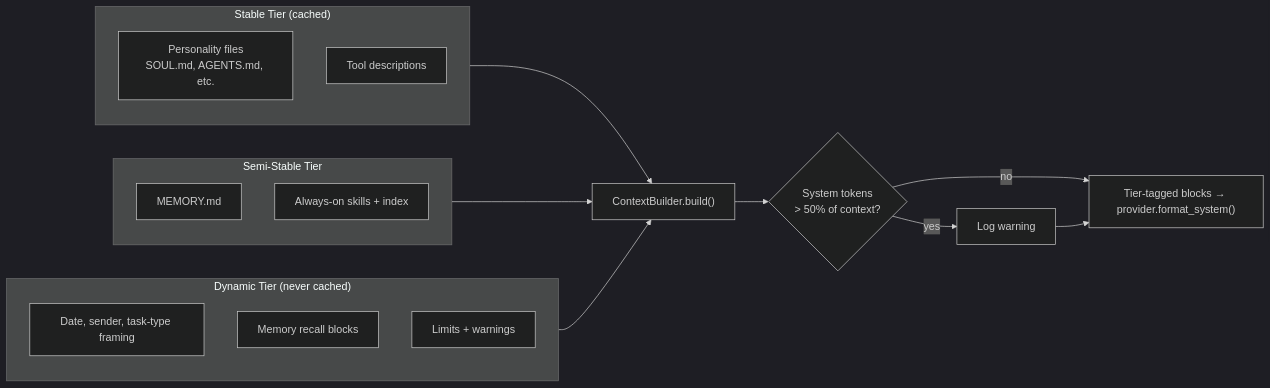
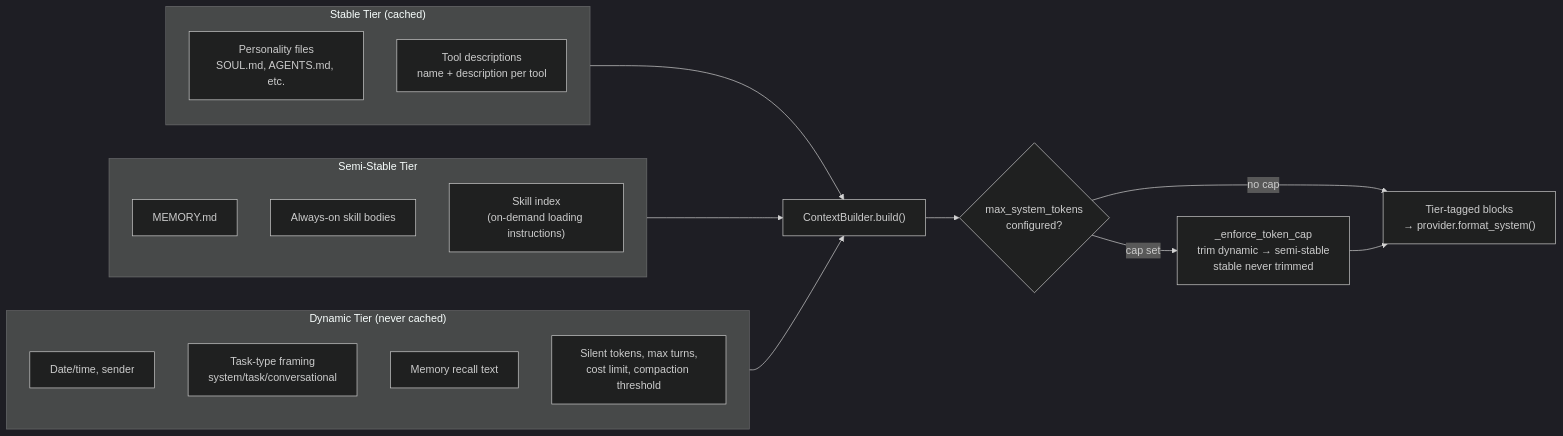
One commit to nicolasforstinger/lucyd changed the third of 10 diagrams in docs/diagrams.md. Above: the diagram before and after it, drawn with Mermaid (dark theme). The commit also changed other lines of this file and 1 other file, not shown here.

First line of the commit message:
Rewrite diagrams.md and operations.md from code

````diff
--- a/docs/diagrams.md
+++ b/docs/diagrams.md
@@ -109,30 +113,32 @@
 ```mermaid
 flowchart LR
     subgraph Stable["Stable Tier (cached)"]
         PERSONA["Personality files<br/>SOUL.md, AGENTS.md, etc."]
-        TOOL_DESC["Tool descriptions"]
+        TOOL_DESC["Tool descriptions<br/>name + description per tool"]
     end
 
     subgraph Semi["Semi-Stable Tier"]
         MEMORY_MD["MEMORY.md"]
-        SKILLS["Always-on skills + index"]
+        SKILLS_ON["Always-on skill bodies"]
+        SKILLS_IDX["Skill index<br/>(on-demand loading instructions)"]
     end
 
     subgraph Dynamic["Dynamic Tier (never cached)"]
-        RUNTIME["Date, sender, task-type framing"]
-        RECALL["Memory recall blocks"]
-        LIMITS["Limits + warnings"]
+        RUNTIME["Date/time, sender"]
+        FRAMING["Task-type framing<br/>system/task/conversational"]
+        RECALL["Memory recall text"]
+        LIMITS["Silent tokens, max turns,<br/>cost limit, compaction threshold"]
     end
 
     BUILD["ContextBuilder.build()"]
-    CHECK{"System tokens<br/>> 50% of context?"}
-    WARN["Log warning"]
-    BLOCKS["Tier-tagged blocks → provider.format_system()"]
+    CAP{"max_system_tokens<br/>configured?"}
+    ENFORCE["_enforce_token_cap<br/>trim dynamic → semi-stable<br/>stable never trimmed"]
+    BLOCKS["Tier-tagged blocks<br/>→ provider.format_system()"]
 
     Stable --> BUILD
     Semi --> BUILD
     Dynamic --> BUILD
-    BUILD --> CHECK
-    CHECK -->|no| BLOCKS
-    CHECK -->|yes| WARN --> BLOCKS
+    BUILD --> CAP
+    CAP -->|no cap| BLOCKS
+    CAP -->|cap set| ENFORCE --> BLOCKS
 ```
````
